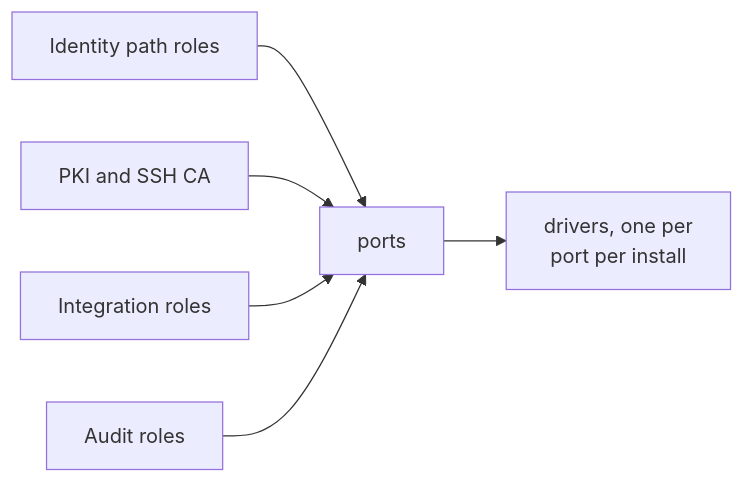
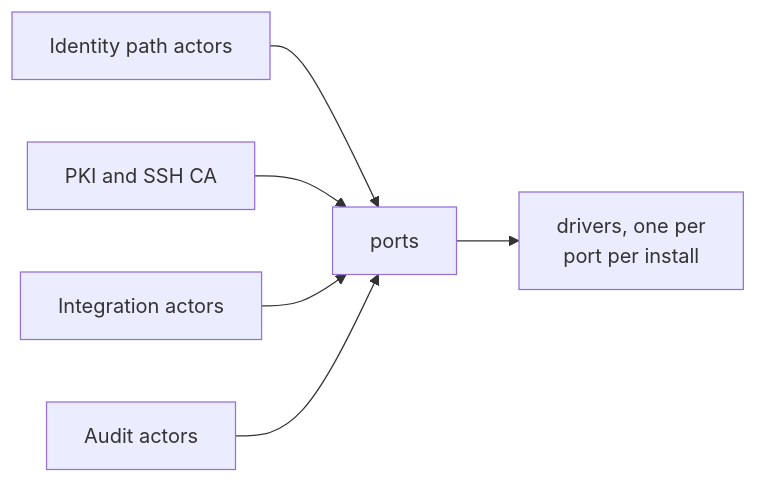
One commit to truvity/sluis changed the seventh of 7 diagrams in docs/architecture/components.md. Above: the diagram before and after it, drawn with Mermaid. The commit also changed other lines of this file and 63 other files, not shown here.

````diff
--- a/docs/architecture/components.md
+++ b/docs/architecture/components.md
@@ -260,15 +295,15 @@
 ```mermaid
 flowchart LR
-  core["Identity path roles"]
+  core["Identity path actors"]
   cert["PKI and SSH CA"]
-  integ["Integration roles"]
-  audit["Audit roles"]
+  integ["Integration actors"]
+  audit["Audit actors"]
   ports["ports"]
   drivers["drivers, one per<br/>port per install"]
 
   core --> ports
   cert --> ports
   integ --> ports
   audit --> ports
   ports --> drivers
 ```
````
